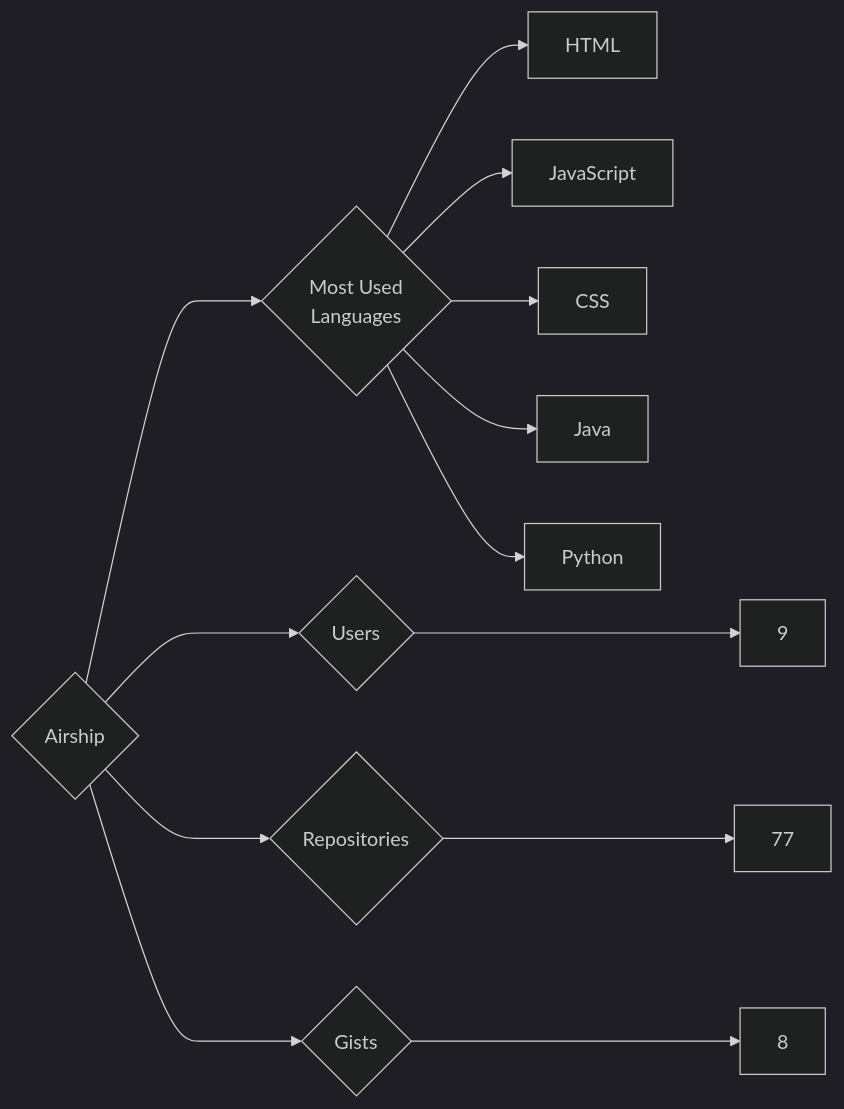
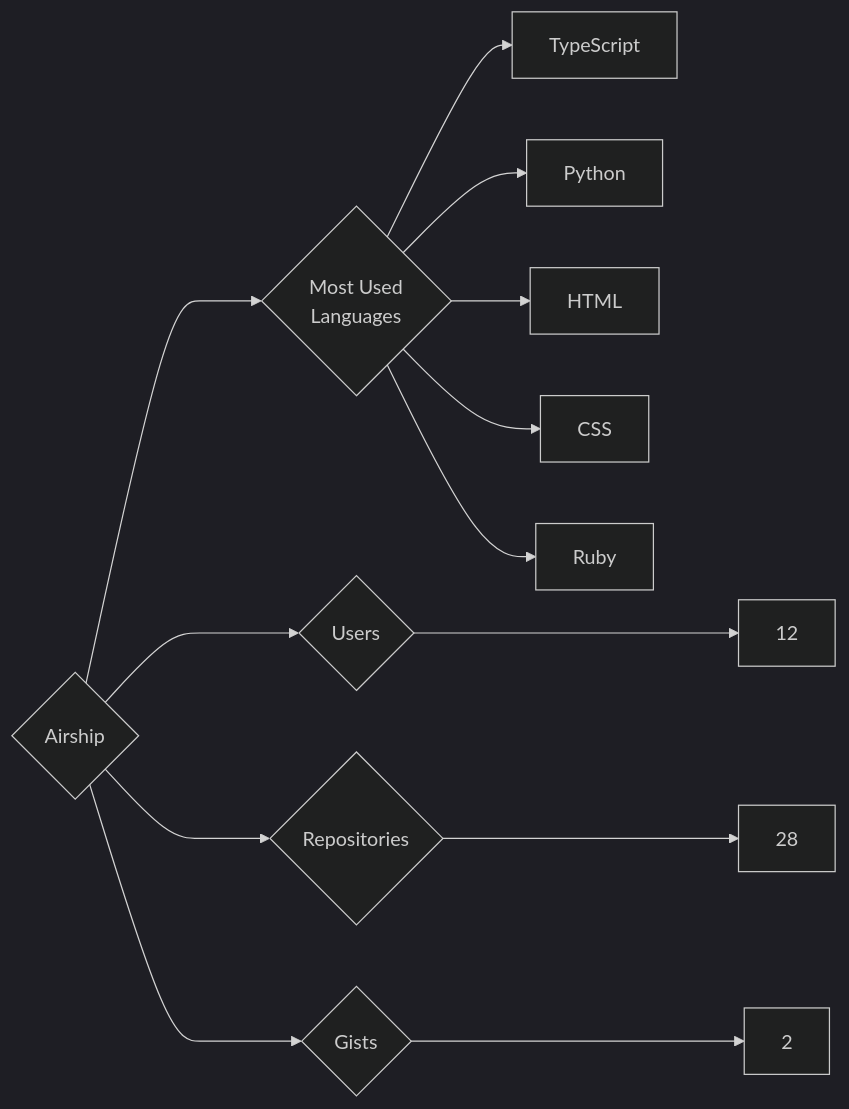
The diagram in targets/Airship/README.md (trickest/insiders), drawn with Mermaid (dark theme) before and after one commit. The commit also changed 633 other files, not shown here.

````diff
--- a/targets/Airship/README.md
+++ b/targets/Airship/README.md
@@ -3,13 +3,13 @@
 ```mermaid
 graph LR
 COMPANY_NAME{Airship}
-COMPANY_NAME ---> U{Users} ---> UN[9]
-COMPANY_NAME ---> R{Repositories} ---> RN[77]
-COMPANY_NAME ---> G{Gists} ---> GN[8]
+COMPANY_NAME ---> U{Users} ---> UN[12]
+COMPANY_NAME ---> R{Repositories} ---> RN[28]
+COMPANY_NAME ---> G{Gists} ---> GN[2]
 COMPANY_NAME ---> ML{Most Used<br>Languages}
+ML --> TypeScript[TypeScript]
+ML --> Python[Python]
 ML --> HTML[HTML]
-ML --> JavaScript[JavaScript]
 ML --> CSS[CSS]
-ML --> Java[Java]
-ML --> Python[Python]
+ML --> Ruby[Ruby]
 ```
````
